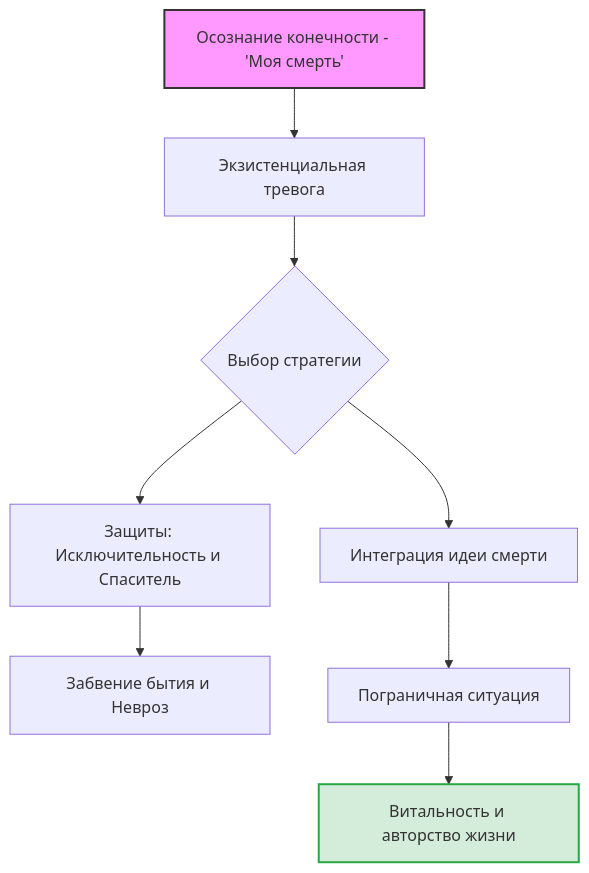
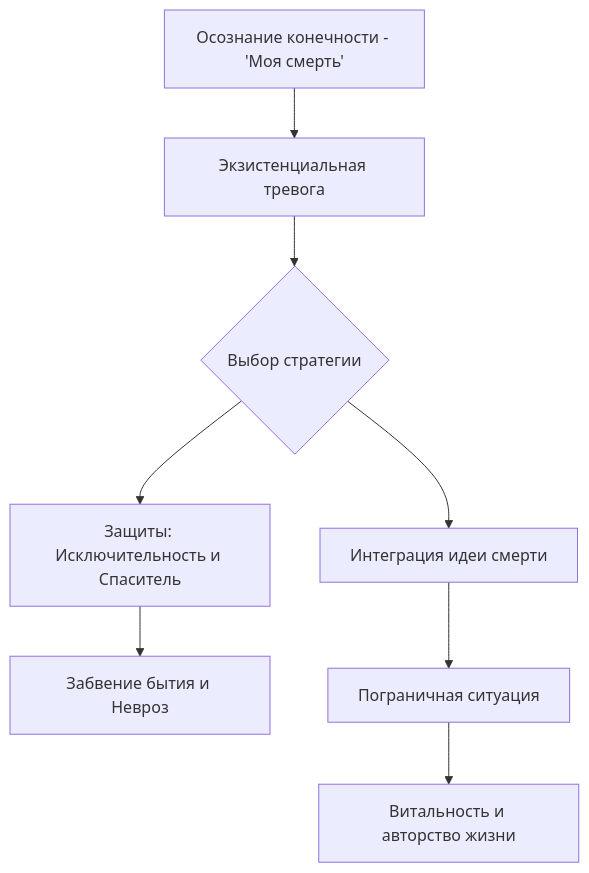
Before and after one commit to becasualle/vimutti: the diagram in content/articles/psychology/existential/dannost-bytiya-smert-yalom.mdx, drawn with Mermaid. The commit also changed 30 other files, not shown here.

````diff
--- a/content/articles/psychology/existential/dannost-bytiya-smert-yalom.mdx
+++ b/content/articles/psychology/existential/dannost-bytiya-smert-yalom.mdx
@@ -45,12 +45,10 @@
 ```mermaid
 graph TD
     A[Осознание конечности - 'Моя смерть'] --> B[Экзистенциальная тревога]
     B --> C{Выбор стратегии}
     C --> D[Защиты: Исключительность и Спаситель]
     D --> E[Забвение бытия и Невроз]
     C --> F[Интеграция идеи смерти]
     F --> G[Пограничная ситуация]
     G --> H[Витальность и авторство жизни]
-    style A fill:#f9f,stroke:#333,stroke-width:2px
-    style H fill:#d4edda,stroke:#28a745,stroke-width:2px
 ```
````
